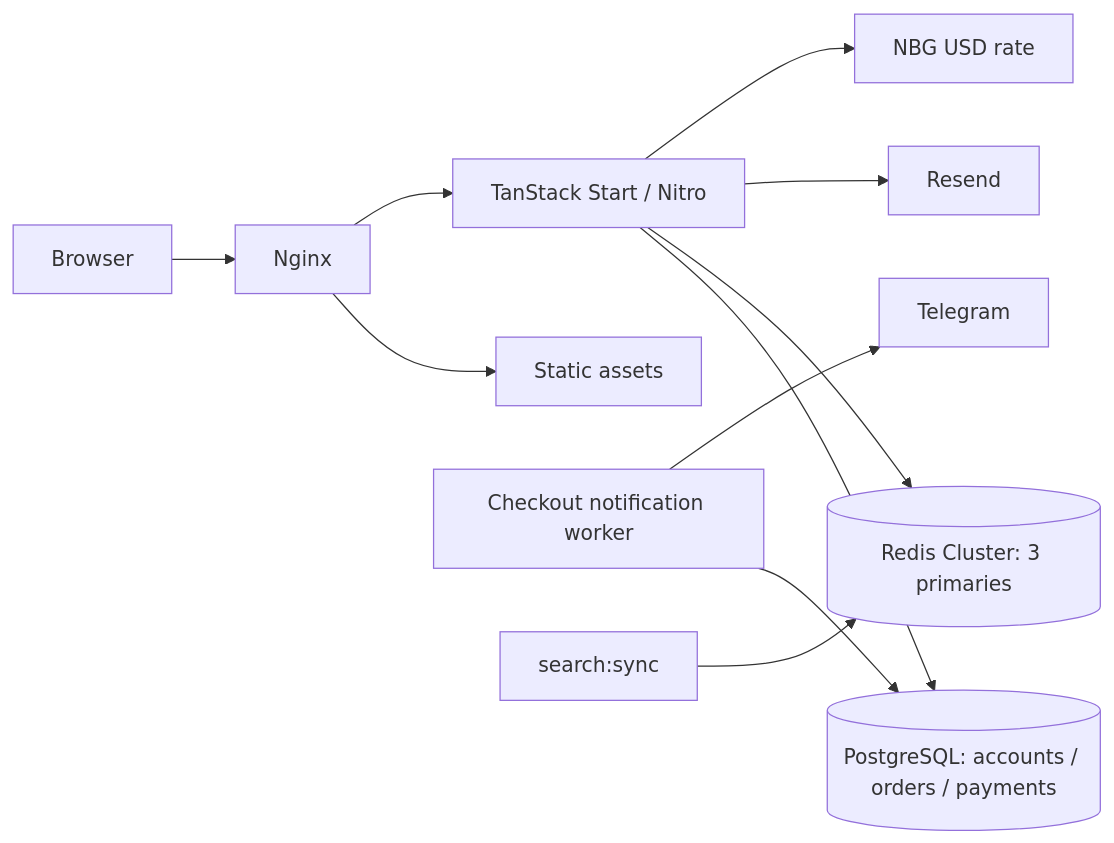
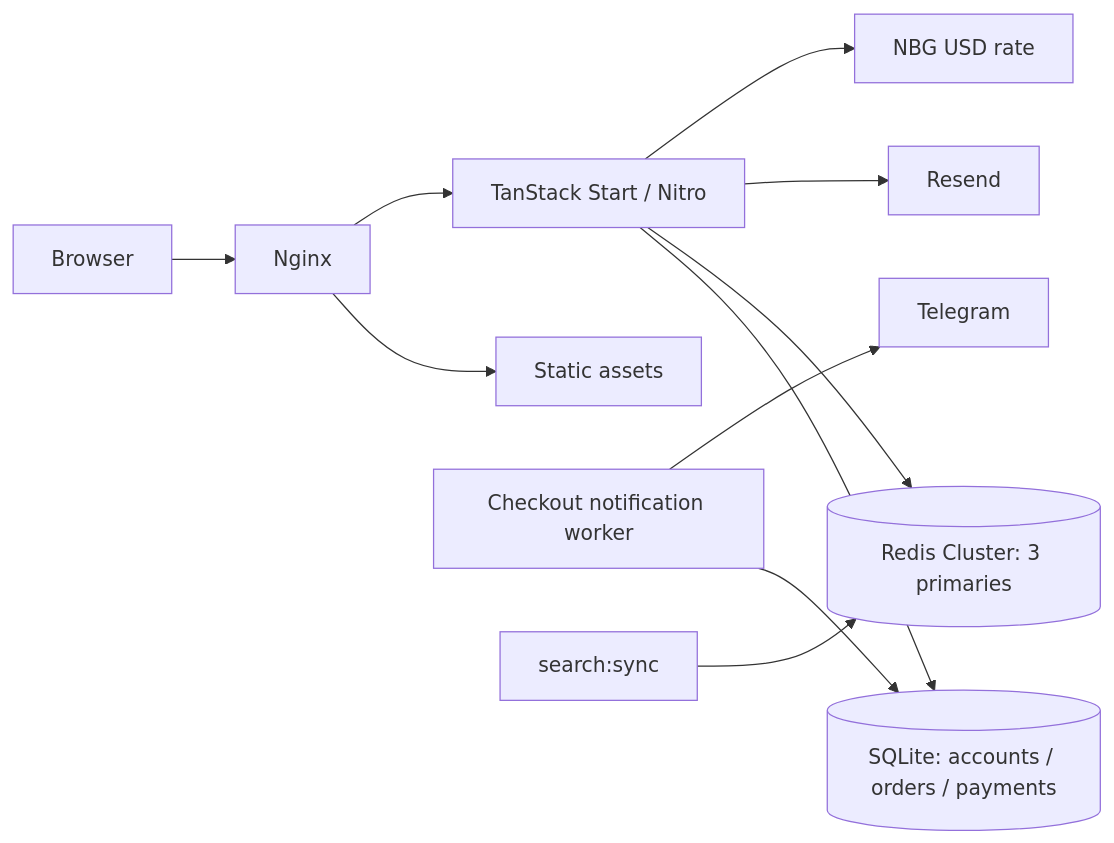
One commit to zipwit/zipwit-shop changed the first of 2 diagrams in README.md. Above: the diagram before and after it, drawn with Mermaid. The commit also changed other lines of this file and 231 other files, not shown here.

First line of the commit message:
feat(db)!: replace PostgreSQL with embedded SQLite

````diff
--- a/README.md
+++ b/README.md
@@ -92,13 +93,13 @@
 ```mermaid
 flowchart LR
     Browser --> Nginx
     Nginx --> Assets[Static assets]
     Nginx --> App[TanStack Start / Nitro]
-    App --> PG[(PostgreSQL: accounts / orders / payments)]
+    App --> SQL[(SQLite: accounts / orders / payments)]
     App --> Redis[(Redis Cluster: 3 primaries)]
     App --> Email[Resend]
     App --> Rates[NBG USD rate]
-    Worker[Checkout notification worker] --> PG
+    Worker[Checkout notification worker] --> SQL
     Worker --> Telegram[Telegram]
     Sync[search:sync] --> Redis
 ```
````
